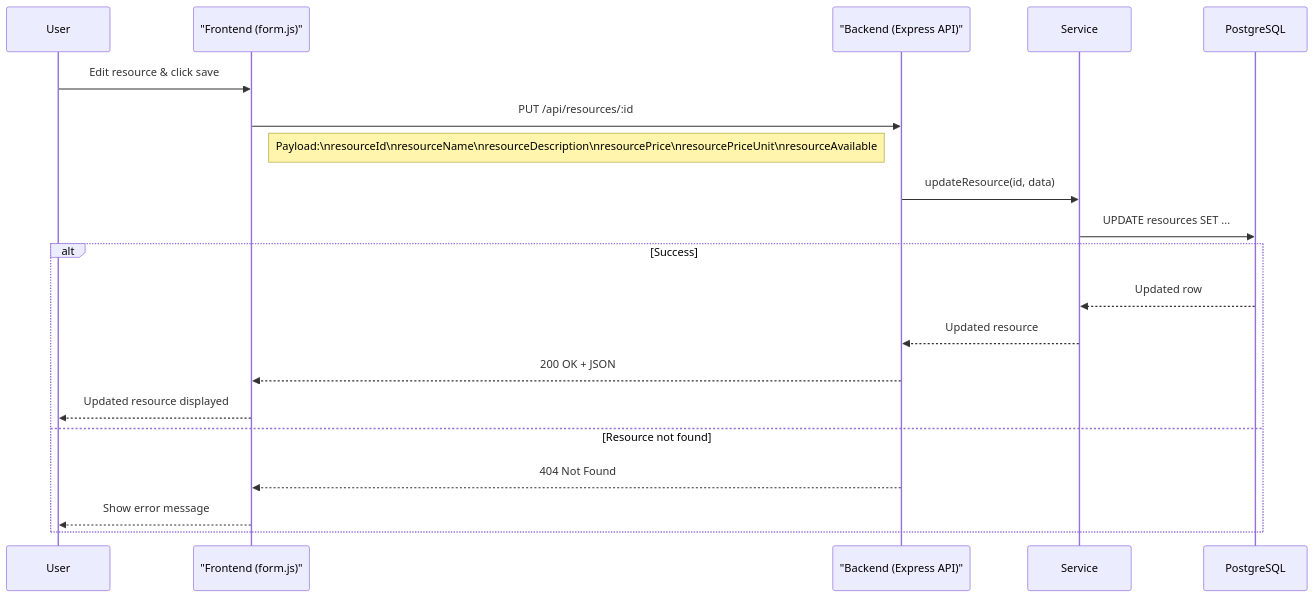
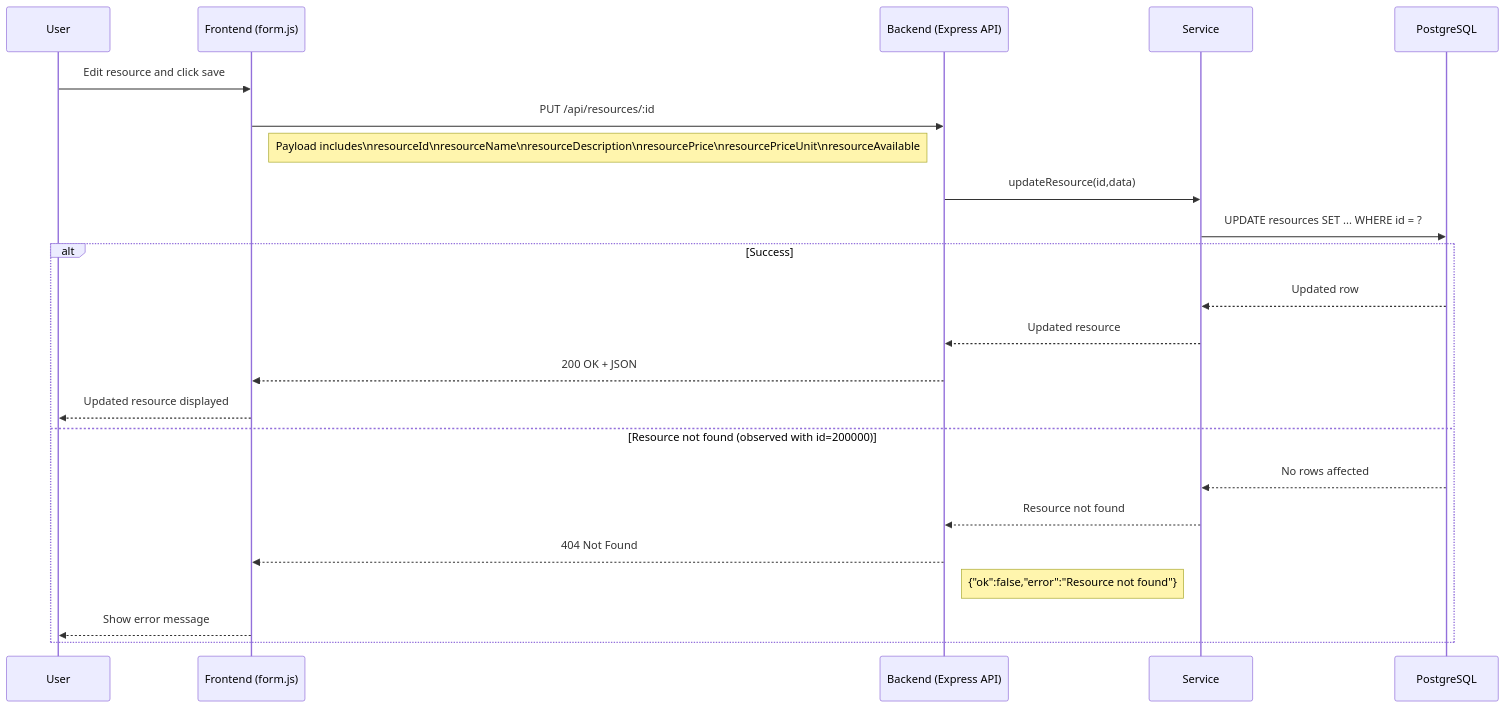
One commit to Mikko-Saari/WebkehitADV-testi changed the third of 4 diagrams in BookingSystemPhase6/Mermaid.md. Above: the diagram before and after it, drawn with Mermaid. The commit also changed other lines of this file, not shown here.

Commit message:
Korjattu aikasempi väärä mermaid

````diff
--- a/BookingSystemPhase6/Mermaid.md
+++ b/BookingSystemPhase6/Mermaid.md
@@ -62,26 +73,31 @@
 ```mermaid
 sequenceDiagram
     participant User
-    participant Frontend_form as "Frontend (form.js)"
-    participant Backend_API as "Backend (Express API)"
+    participant Frontend (form.js)
+    participant Backend (Express API)
     participant Service
     participant PostgreSQL
 
-    User->>Frontend_form: Edit resource & click save
-    Frontend_form->>Backend_API: PUT /api/resources/:id
+    User->>Frontend (form.js): Edit resource and click save
+    Frontend (form.js)->>Backend (Express API): PUT /api/resources/:id
 
-    Note right of Frontend_form: Payload:\nresourceId\nresourceName\nresourceDescription\nresourcePrice\nresourcePriceUnit\nresourceAvailable
+    Note right of Frontend (form.js): Payload includes\nresourceId\nresourceName\nresourceDescription\nresourcePrice\nresourcePriceUnit\nresourceAvailable
 
-    Backend_API->>Service: updateResource(id, data)
-    Service->>PostgreSQL: UPDATE resources SET ...
+    Backend (Express API)->>Service: updateResource(id,data)
+    Service->>PostgreSQL: UPDATE resources SET ... WHERE id = ?
 
     alt Success
         PostgreSQL-->>Service: Updated row
-        Service-->>Backend_API: Updated resource
-        Backend_API-->>Frontend_form: 200 OK + JSON
-        Frontend_form-->>User: Updated resource displayed
-    else Resource not found
-        Backend_API-->>Frontend_form: 404 Not Found
-        Frontend_form-->>User: Show error message
+        Service-->>Backend (Express API): Updated resource
+        Backend (Express API)-->>Frontend (form.js): 200 OK + JSON
+        Frontend (form.js)-->>User: Updated resource displayed
+
+    else Resource not found (observed with id=200000)
+        PostgreSQL-->>Service: No rows affected
+        Service-->>Backend (Express API): Resource not found
+        Backend (Express API)-->>Frontend (form.js): 404 Not Found
+        Note right of Backend (Express API): {"ok":false,"error":"Resource not found"}
+        Frontend (form.js)-->>User: Show error message
+
     end
 ```
````
